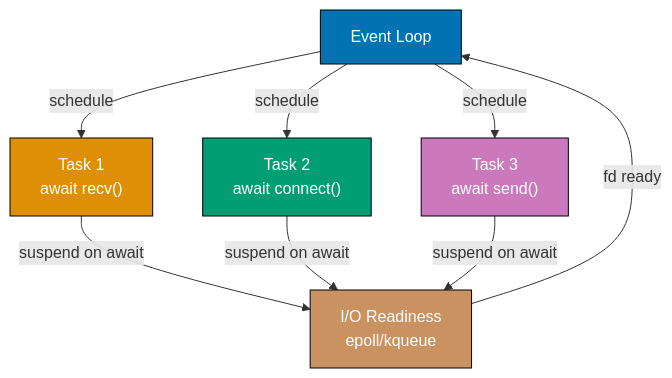
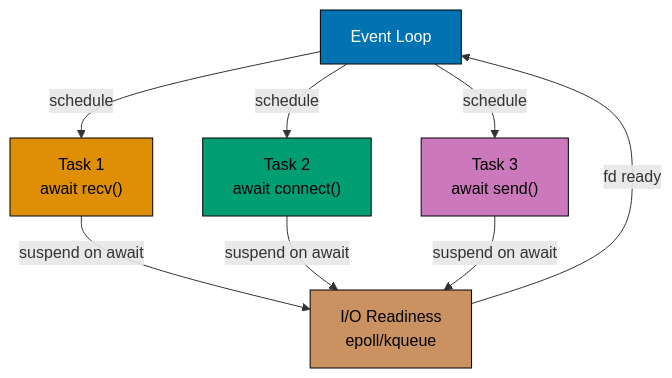
One commit to wahidyankf/ose-public changed the first of 12 diagrams in apps/ayokoding-www/content/en/learn/legacy/software-engineering/networking/by-example/advanced.md. Above: the diagram before and after it, drawn with Mermaid. The commit also changed other lines of this file and 78 other files, not shown here.

First line of the commit message:
fix(mermaid): bring the remaining legacy software-engineering diagrams onto the accessible palette

````diff
--- a/apps/ayokoding-www/content/en/learn/legacy/software-engineering/networking/by-example/advanced.md
+++ b/apps/ayokoding-www/content/en/learn/legacy/software-engineering/networking/by-example/advanced.md
@@ -203,23 +203,31 @@
 ```mermaid
 %% Color Palette: Blue #0173B2, Orange #DE8F05, Teal #029E73, Purple #CC78BC, Brown #CA9161
 graph TD
+    accTitle: Example 59: Python asyncio for Async Networking
+    accDescr: Graph with 5 nodes and 7 connections. Nodes: Event Loop, Task 1 await recv(), Task 2 await connect(), Task 3 await send(), I/O Readiness epoll/kqueue. Connections: Event Loop to Task 1 await recv() (schedule), Event Loop to Task 2 await connect() (schedule), Event Loop to Task 3 await send() (schedule), Task 1 await recv() to I/O Readiness epoll/kqueue (suspend on await), Task 2 await connect() to I/O Readiness epoll/kqueue (suspend on await), Task 3 await send() to I/O Readiness epoll/kqueue (suspend on await), I/O Readiness epoll/kqueue to Event Loop (fd ready).
     EL["Event Loop"]
     T1["Task 1<br/>await recv()"]
     T2["Task 2<br/>await connect()"]
     T3["Task 3<br/>await send()"]
     IO["I/O Readiness<br/>epoll/kqueue"]
 
     EL -->|"schedule"| T1
     EL -->|"schedule"| T2
     EL -->|"schedule"| T3
     T1 -->|"suspend on await"| IO
     T2 -->|"suspend on await"| IO
     T3 -->|"suspend on await"| IO
     IO -->|"fd ready"| EL
 
-    style EL fill:#0173B2,stroke:#000,color:#fff
-    style T1 fill:#DE8F05,stroke:#000,color:#fff
-    style T2 fill:#029E73,stroke:#000,color:#fff
-    style T3 fill:#CC78BC,stroke:#000,color:#fff
-    style IO fill:#CA9161,stroke:#000,color:#fff
+    classDef pal-0173B2 fill:#0173B2,stroke:#000000,color:#FFFFFF
+    class EL pal-0173B2
+    classDef pal-DE8F05 fill:#DE8F05,stroke:#000000,color:#000000
+    class T1 pal-DE8F05
+    classDef pal-029E73 fill:#029E73,stroke:#000000,color:#000000
+    class T2 pal-029E73
+    classDef pal-CC78BC fill:#CC78BC,stroke:#000000,color:#000000
+    class T3 pal-CC78BC
+    classDef pal-CA9161 fill:#CA9161,stroke:#000000,color:#000000
+    class IO pal-CA9161
+    classDef default fill:#FFFFFF,stroke:#000000,color:#000000
 ```
````
